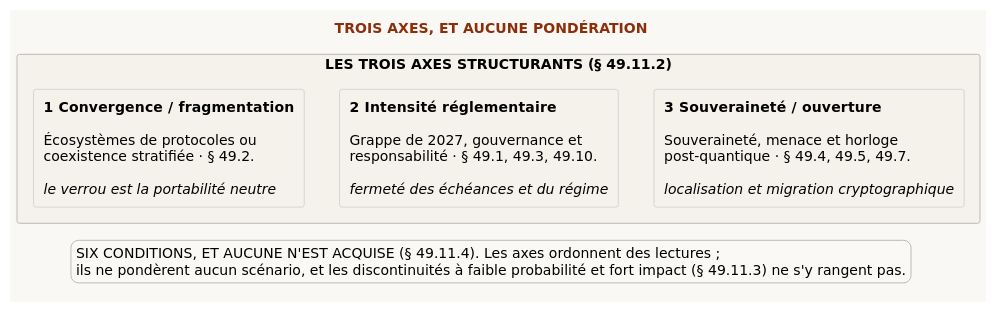
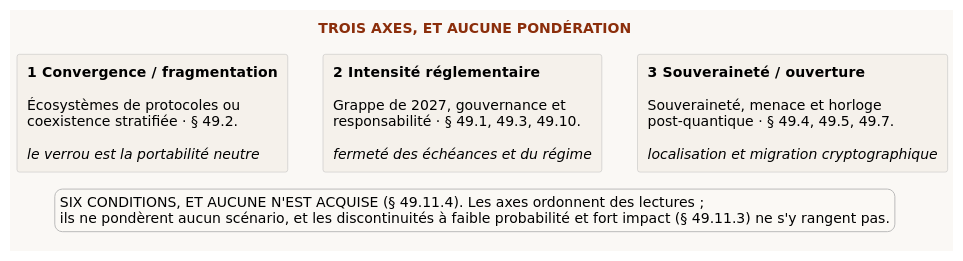
One commit to agbruneau/Agentique changed the diagram in 1 - Compendium 2026/Diagrammes/Figure-49.3 - Les trois axes structurants du § 49.11.2 (1.puml. Above: the diagram before and after it, drawn with PlantUML. The commit also changed 270 other files, not shown here.

First line of the commit message:
Audit approfondi et corrections finales Markdown et diagrammes des 6 ouvrages

```diff
--- a/1 - Compendium 2026/Diagrammes/Figure-49.3 - Les trois axes structurants du § 49.11.2 (1.puml
+++ b/1 - Compendium 2026/Diagrammes/Figure-49.3 - Les trois axes structurants du § 49.11.2 (1.puml
@@ -2,26 +2,24 @@
 @startuml
 skinparam backgroundColor #FAF8F5
 skinparam shadowing false
 skinparam defaultFontName "DejaVu Sans"
 skinparam titleFontColor #8B2E0B
 skinparam rectangleBorderColor #BBBBBB
 skinparam rectangleBackgroundColor #F5F1EB
 skinparam legendBackgroundColor #FBF9F5
 skinparam legendBorderColor #BBBBBB
 
 title TROIS AXES, ET AUCUNE PONDÉRATION
 
-rectangle "LES TROIS AXES STRUCTURANTS (§ 49.11.2)" as Axes {
-  rectangle "**1  Convergence / fragmentation**\n\nÉcosystèmes de protocoles ou\ncoexistence stratifiée · § 49.2.\n\n<i>le verrou est la portabilité neutre</i>" as A1
-  rectangle "**2  Intensité réglementaire**\n\nGrappe de 2027, gouvernance et\nresponsabilité · § 49.1, 49.3, 49.10.\n\n<i>fermeté des échéances et du régime</i>" as A2
-  rectangle "**3  Souveraineté / ouverture**\n\nSouveraineté, menace et horloge\npost-quantique · § 49.4, 49.5, 49.7.\n\n<i>localisation et migration cryptographique</i>" as A3
+rectangle "**1  Convergence / fragmentation**\n\nÉcosystèmes de protocoles ou\ncoexistence stratifiée · § 49.2.\n\n<i>le verrou est la portabilité neutre</i>" as A1
+rectangle "**2  Intensité réglementaire**\n\nGrappe de 2027, gouvernance et\nresponsabilité · § 49.1, 49.3, 49.10.\n\n<i>fermeté des échéances et du régime</i>" as A2
+rectangle "**3  Souveraineté / ouverture**\n\nSouveraineté, menace et horloge\npost-quantique · § 49.4, 49.5, 49.7.\n\n<i>localisation et migration cryptographique</i>" as A3
 
-  A1 -[hidden]right- A2
-  A2 -[hidden]right- A3
-}
+A1 -[hidden]right- A2
+A2 -[hidden]right- A3
 
 legend bottom
   SIX CONDITIONS, ET AUCUNE N'EST ACQUISE (§ 49.11.4). Les axes ordonnent des lectures ;
   ils ne pondèrent aucun scénario, et les discontinuités à faible probabilité et fort impact (§ 49.11.3) ne s'y rangent pas.
 endlegend
 @enduml
```
